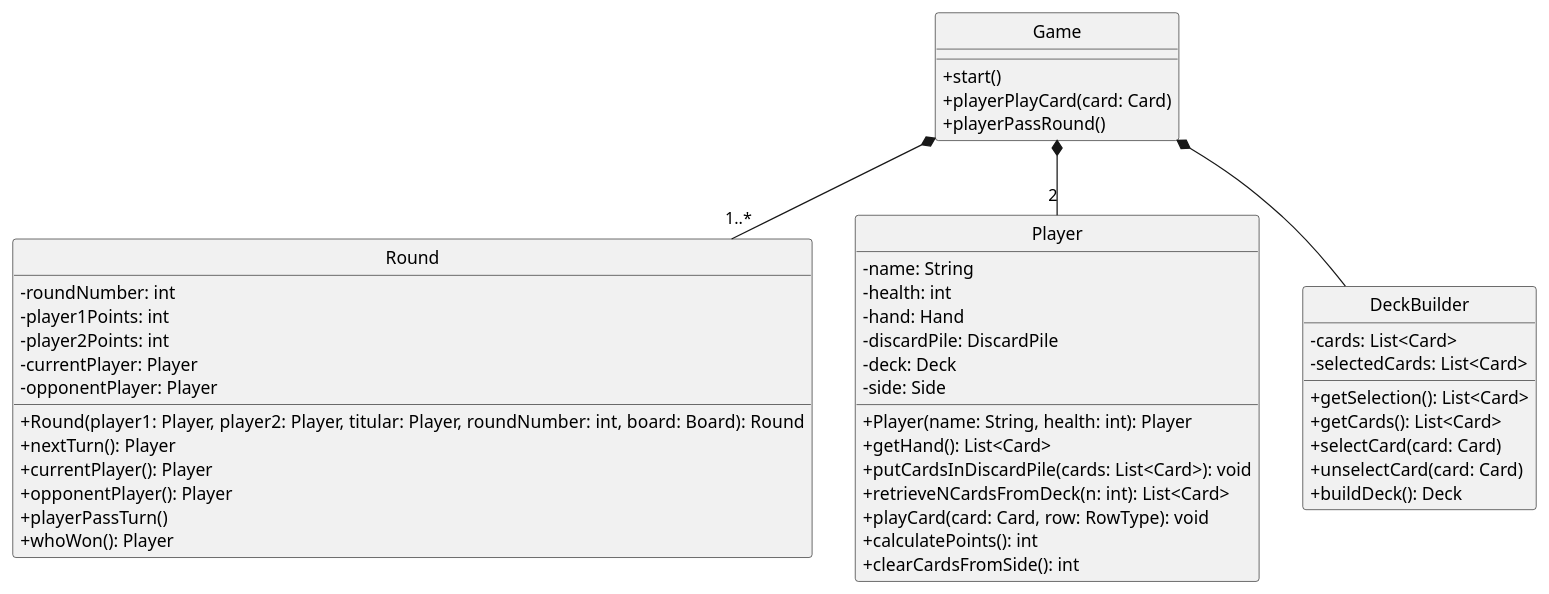
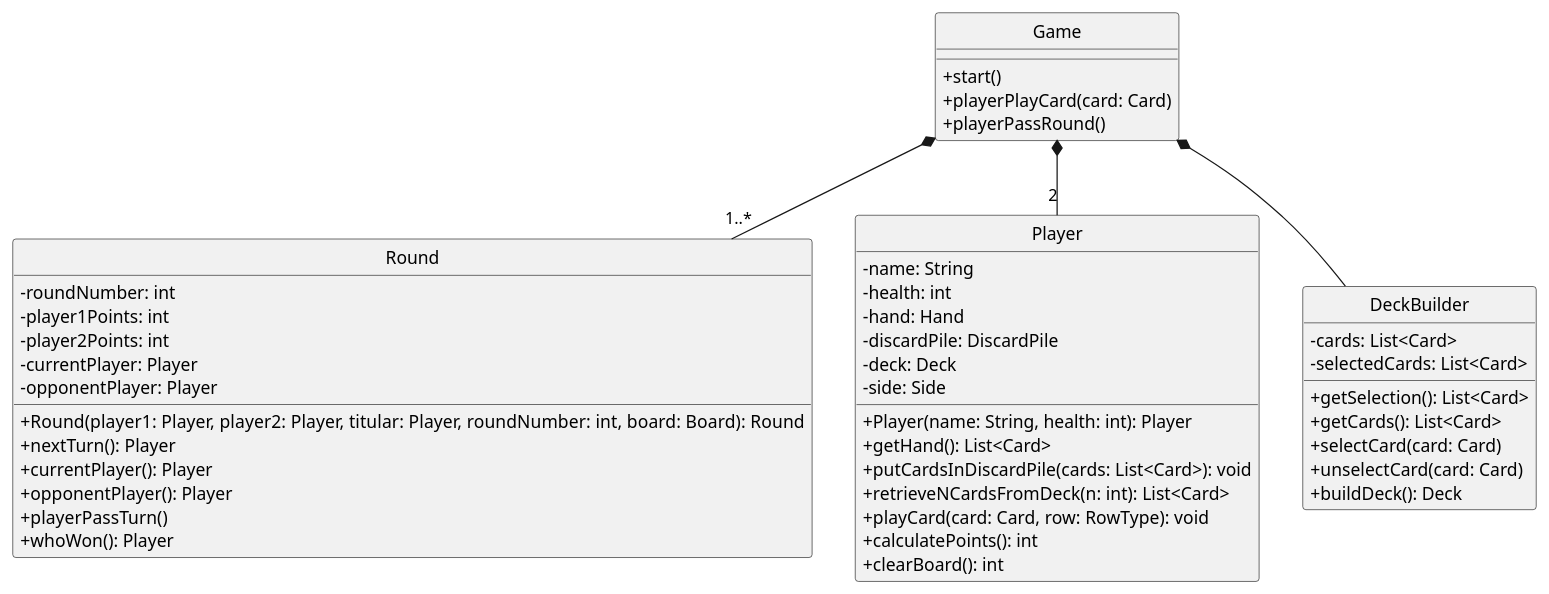
Before and after one commit to Yonhir/algo3_proyecto_base_tp2: the diagram in diagrams/classes/game.plantuml, drawn with PlantUML. The commit also changed 3 other files, not shown here.

```diff
--- a/diagrams/classes/game.plantuml
+++ b/diagrams/classes/game.plantuml
@@ -1,64 +1,64 @@
 @startuml
 
 skinparam monochrome true
 hide circle
 skinparam classAttributeIconSize 0
 
 ' =====================
 ' GAME
 ' =====================
 class Game {
   +start()
   +playerPlayCard(card: Card)
   +playerPassRound()
 }
 
 class Round {
   -roundNumber: int
   -player1Points: int
   -player2Points: int
   -currentPlayer: Player
   -opponentPlayer: Player
   +Round(player1: Player, player2: Player, titular: Player, roundNumber: int, board: Board): Round
   +nextTurn(): Player
   +currentPlayer(): Player
   +opponentPlayer(): Player
   +playerPassTurn()
   +whoWon(): Player
 }
 
 class Player {
   -name: String
   -health: int
   -hand: Hand
   -discardPile: DiscardPile
   -deck: Deck
   -side: Side
   +Player(name: String, health: int): Player
   +getHand(): List<Card>
   +putCardsInDiscardPile(cards: List<Card>): void
   +retrieveNCardsFromDeck(n: int): List<Card>
   +playCard(card: Card, row: RowType): void
   +calculatePoints(): int
-  +clearCardsFromSide(): int
+  +clearBoard(): int
 }
 
 class DeckBuilder {
   -cards: List<Card>
   -selectedCards: List<Card>
   +getSelection(): List<Card>
   +getCards(): List<Card>
   +selectCard(card: Card)
   +unselectCard(card: Card)
   +buildDeck(): Deck
 }
 
 ' =====================
 ' RELATIONSHIPS
 ' =====================
 
 Game *-- "1..*" Round
 Game *-- "2" Player
 Game *-- DeckBuilder
 
 @enduml
```
